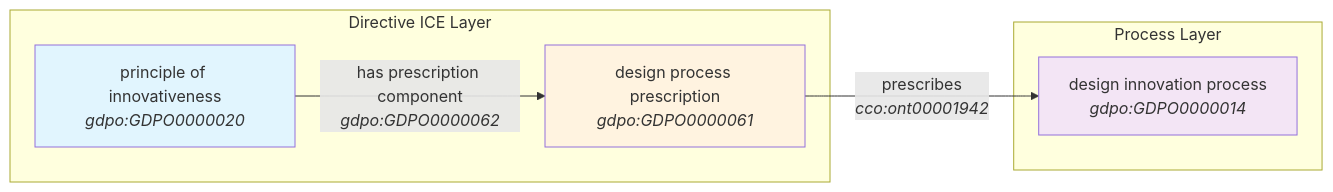
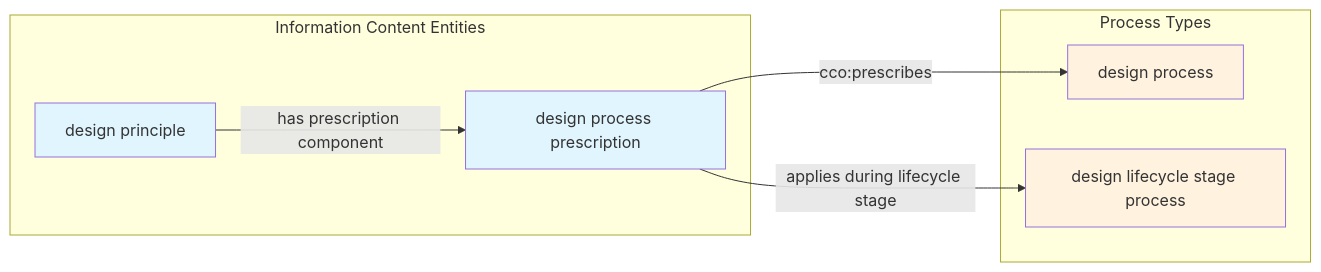
One commit to TimothyWColeman/GoodDesignPrinciplesOntology changed the first of 9 diagrams in docs/design-pattern-diagrams.md. Above: the diagram before and after it, drawn with Mermaid. The commit also changed other lines of this file and 12 other files, not shown here.

````diff
--- a/docs/design-pattern-diagrams.md
+++ b/docs/design-pattern-diagrams.md
@@ -11,18 +27,21 @@
 ```mermaid
 graph LR
-    subgraph "Directive ICE Layer"
-        P[principle of innovativeness<br/><i>gdpo:GDPO0000020</i>]
-        DPP[design process prescription<br/><i>gdpo:GDPO0000061</i>]
+    subgraph ICE["Information Content Entities"]
+        P[design principle]
+        DPP[design process prescription]
     end
     
-    subgraph "Process Layer"
-        DIP[design innovation process<br/><i>gdpo:GDPO0000014</i>]
+    subgraph Processes["Process Types"]
+        PROC[design process]
+        LCS[design lifecycle stage process]
     end
     
-    P -->|has prescription component<br/><i>gdpo:GDPO0000062</i>| DPP
-    DPP -->|prescribes<br/><i>cco:ont00001942</i>| DIP
+    P -->|has prescription component| DPP
+    DPP -->|cco:prescribes| PROC
+    DPP -->|applies during lifecycle stage| LCS
     
     style P fill:#e1f5fe
-    style DPP fill:#fff3e0
-    style DIP fill:#f3e5f5
+    style DPP fill:#e1f5fe
+    style PROC fill:#fff3e0
+    style LCS fill:#fff3e0
 ```
````
